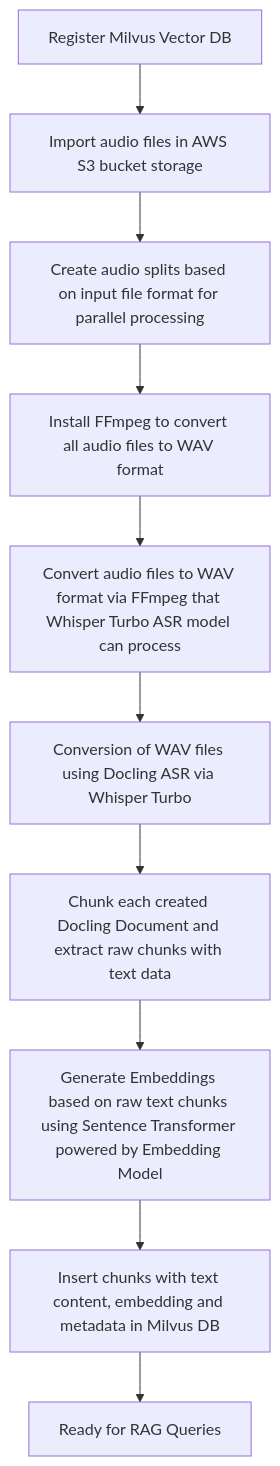
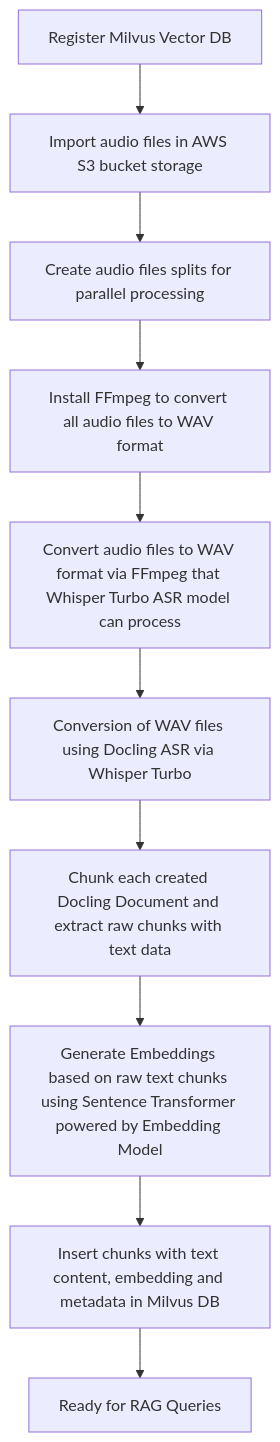
Before and after one commit to r3v5/rag: the diagram in demos/kfp/docling/asr-conversion/README.md, drawn with Mermaid.

Commit message:
docs: refactor README

````diff
--- a/demos/kfp/docling/asr-conversion/README.md
+++ b/demos/kfp/docling/asr-conversion/README.md
@@ -11,22 +11,22 @@
 ```mermaid
 
 graph TD
 
 A[Register Milvus Vector DB] --> B[Import audio files in AWS S3 bucket storage]
 
-B --> C[Create audio splits based on input file format for parallel processing]
+B --> C[Create audio files splits for parallel processing]
 
 C --> D[Install FFmpeg to convert all audio files to WAV format]
 
 D --> E[Convert audio files to WAV format via FFmpeg that Whisper Turbo ASR model can process]
 
 E --> F[Conversion of WAV files using Docling ASR via Whisper Turbo]
 
 F --> G[Chunk each created Docling Document and extract raw chunks with text data]
 
 G --> H[Generate Embeddings based on raw text chunks using Sentence Transformer powered by Embedding Model]
 
 H --> I[Insert chunks with text content, embedding and metadata in Milvus DB]
 
 I --> J[Ready for RAG Queries]
 ```
````
